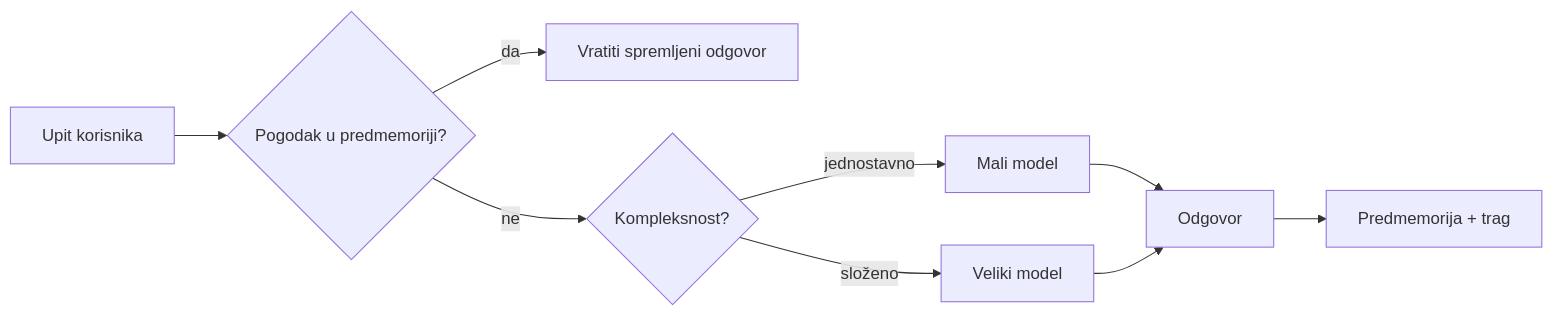
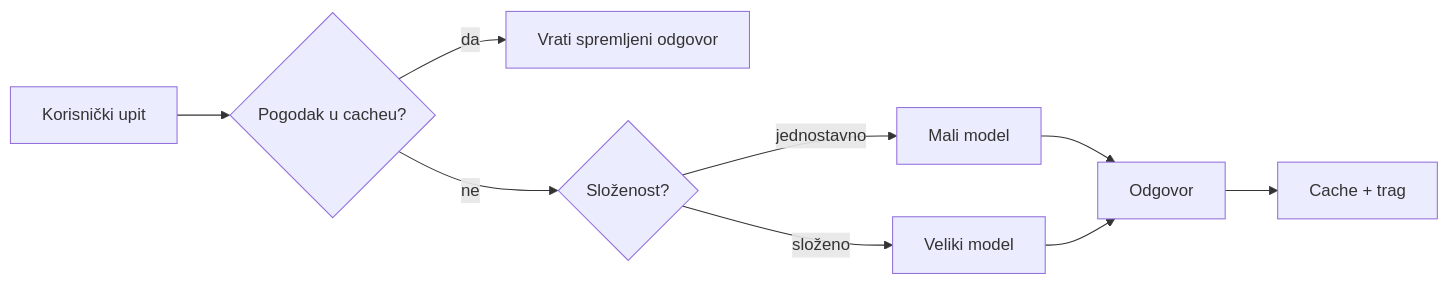
One commit to microsoft/ai-agents-for-beginners changed the third of 4 diagrams in translations/hr/16-deploying-scalable-agents/README.md. Above: the diagram before and after it, drawn with Mermaid. The commit also changed other lines of this file and 47 other files, not shown here.

````diff
--- a/translations/hr/16-deploying-scalable-agents/README.md
+++ b/translations/hr/16-deploying-scalable-agents/README.md
@@ -134,11 +134,11 @@
 ```mermaid
 flowchart LR
-    Q[Upit korisnika] --> C{Pogodak u predmemoriji?}
-    C -->|da| R[Vratiti spremljeni odgovor]
-    C -->|ne| Router{Kompleksnost?}
+    Q[Korisnički upit] --> C{Pogodak u cacheu?}
+    C -->|da| R[Vrati spremljeni odgovor]
+    C -->|ne| Router{Složenost?}
     Router -->|jednostavno| SLM[Mali model]
     Router -->|složeno| LLM[Veliki model]
     SLM --> Out[Odgovor]
     LLM --> Out
-    Out --> Store[Predmemorija + trag]
+    Out --> Store[Cache + trag]
 ```
````
